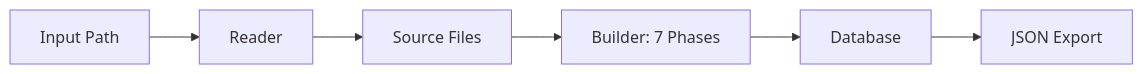
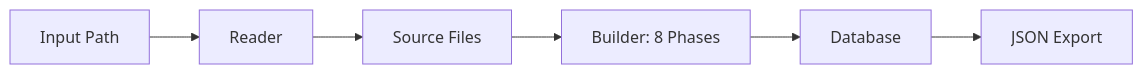
One commit to th13vn/w3goaudit changed the fifth of 8 diagrams in docs/workflows.md. Above: the diagram before and after it, drawn with Mermaid. The commit also changed other lines of this file and 9 other files, not shown here.

````diff
--- a/docs/workflows.md
+++ b/docs/workflows.md
@@ -344,8 +356,8 @@
 ```mermaid
 graph LR
     A[Input Path] --> B[Reader]
     B --> C[Source Files]
-    C --> D[Builder: 7 Phases]
+    C --> D[Builder: 8 Phases]
     D --> E[Database]
     E --> F[JSON Export]
 ```
````
